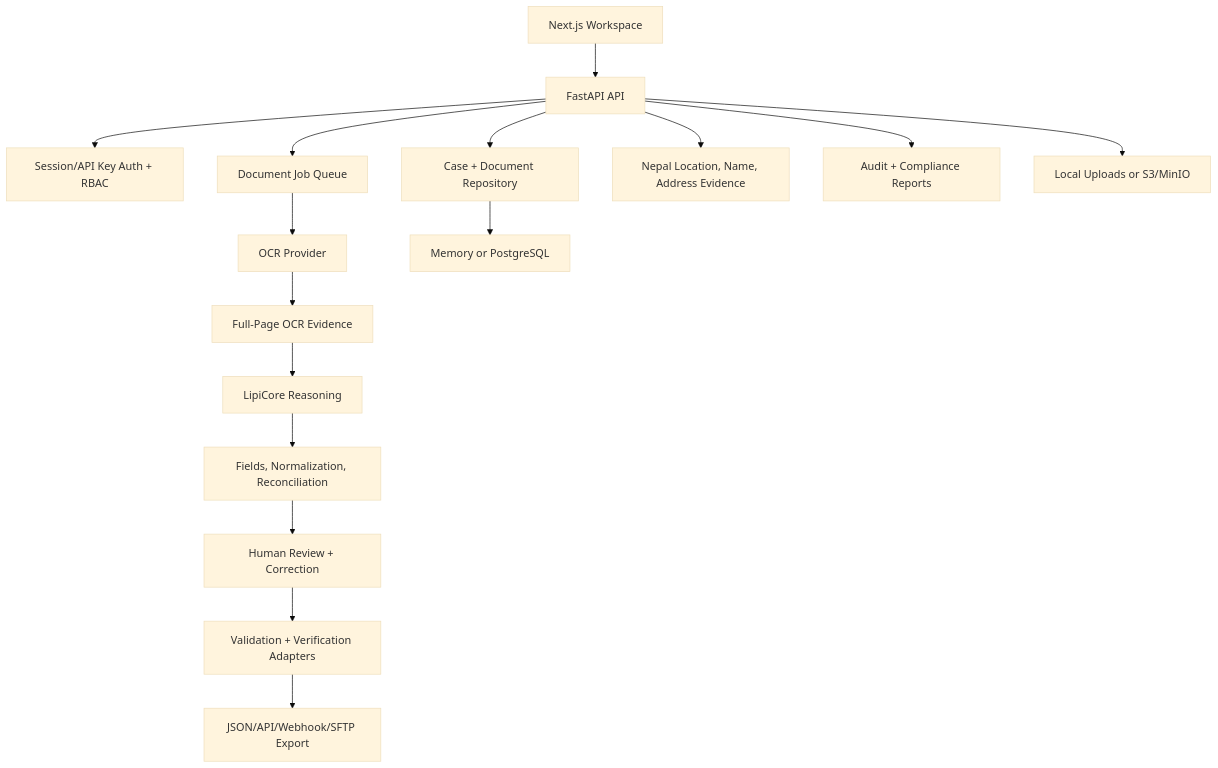
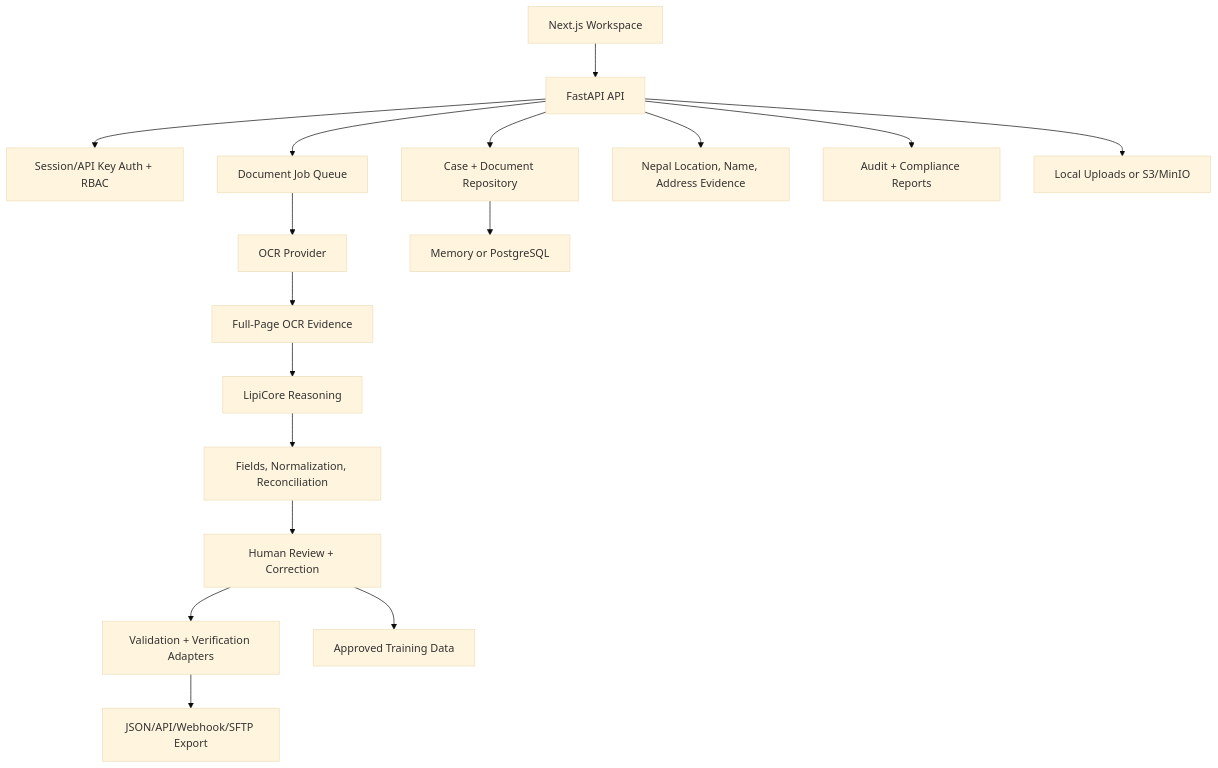
One commit to lipione/lipiocr changed the first of 2 diagrams in docs/architecture.md. Above: the diagram before and after it, drawn with Mermaid (base theme). The commit also changed other lines of this file and 18 other files, not shown here.

````diff
--- a/docs/architecture.md
+++ b/docs/architecture.md
@@ -16,18 +16,19 @@
 ```mermaid
 flowchart TD
     UI["Next.js Workspace"] --> API["FastAPI API"]
     API --> Auth["Session/API Key Auth + RBAC"]
     API --> Cases["Case + Document Repository"]
     API --> Jobs["Document Job Queue"]
     Jobs --> OCR["OCR Provider"]
     OCR --> Evidence["Full-Page OCR Evidence"]
     Evidence --> LipiCore["LipiCore Reasoning"]
     LipiCore --> Extraction["Fields, Normalization, Reconciliation"]
     Extraction --> Review["Human Review + Correction"]
     Review --> Validation["Validation + Verification Adapters"]
     Validation --> Export["JSON/API/Webhook/SFTP Export"]
+    Review --> Training["Approved Training Data"]
     API --> Reference["Nepal Location, Name, Address Evidence"]
     API --> Audit["Audit + Compliance Reports"]
     Cases --> DB["Memory or PostgreSQL"]
     API --> Storage["Local Uploads or S3/MinIO"]
 ```
````
